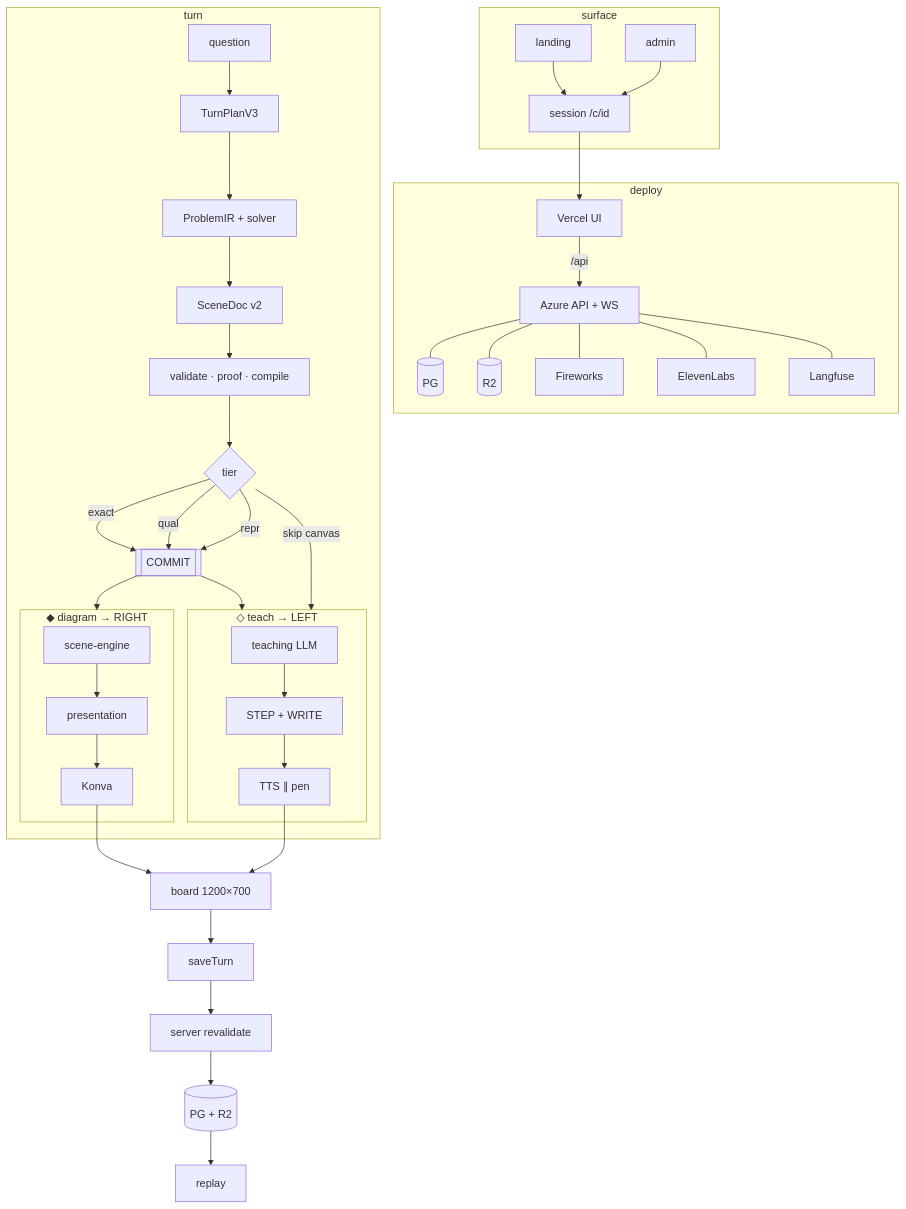
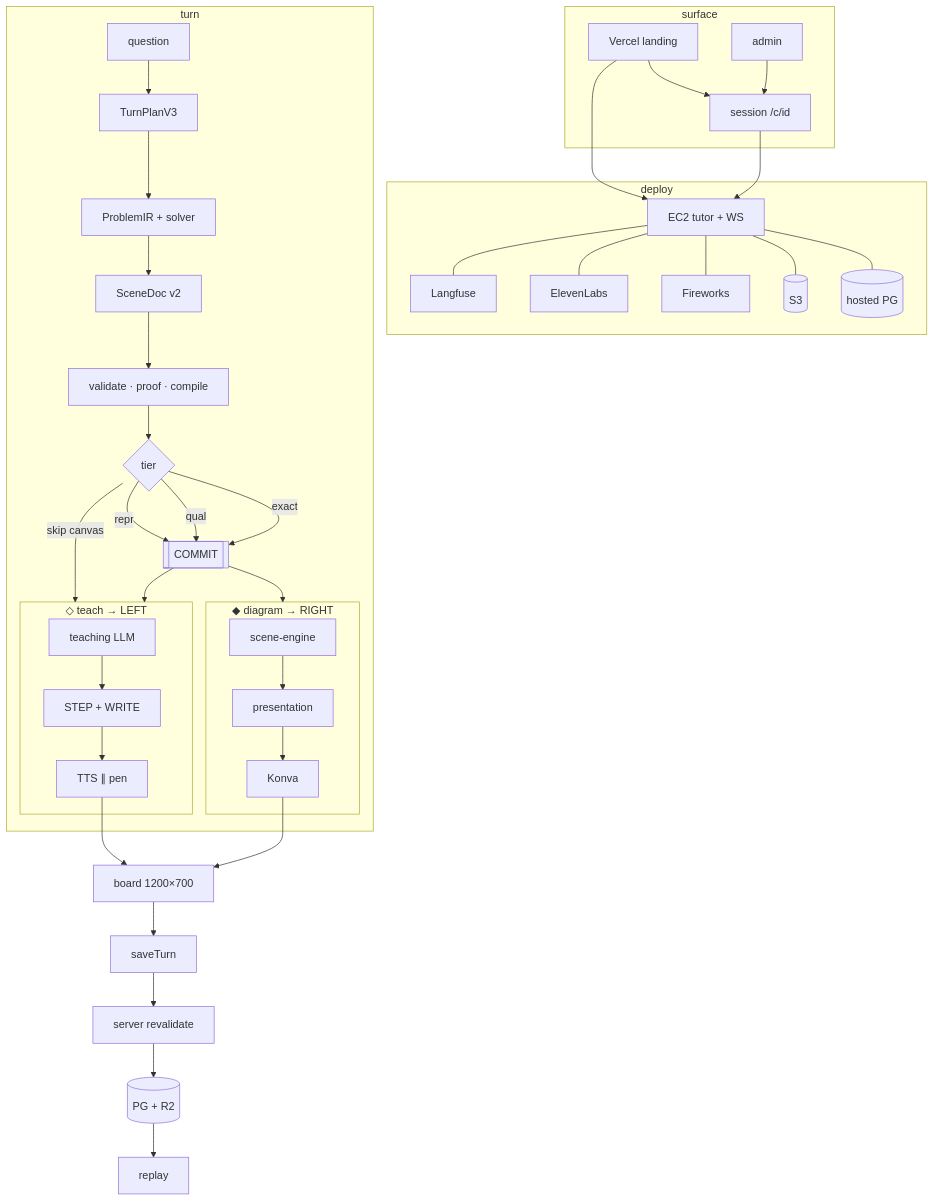
The diagram in start.md (kaizen403/heytutor), drawn with Mermaid before and after one commit. The commit also changed 381 other files, not shown here.

First line of the commit message:
Ship student Google login, mobile session, and current tutor work.

````diff
--- a/start.md
+++ b/start.md
@@ -7,53 +7,53 @@
 ```mermaid
 flowchart TB
   subgraph surface
     landing[landing]
     session["session /c/id"]
     admin[admin]
   end
   landing --> session
   admin --> session
 
   subgraph deploy
-    ui[Vercel UI]
-    api[Azure API + WS]
-    ui -->|"/api"| api
-    api --- pg[(PG)]
-    api --- r2[(R2)]
-    api --- fw[Fireworks]
-    api --- el[ElevenLabs]
-    api --- lf[Langfuse]
+    landing[Vercel landing]
+    ec2[EC2 tutor + WS]
+    landing --> ec2
+    ec2 --- pg[(hosted PG)]
+    ec2 --- s3[(S3)]
+    ec2 --- fw[Fireworks]
+    ec2 --- el[ElevenLabs]
+    ec2 --- lf[Langfuse]
   end
-  session --> ui
+  session --> ec2
 
   subgraph turn
     Q[question] --> Plan[TurnPlanV3]
     Plan --> IR["ProblemIR + solver"]
     IR --> Scene[SceneDoc v2]
     Scene --> Prove[validate · proof · compile]
     Prove --> Tier{tier}
     Tier -->|exact| Commit[[COMMIT]]
     Tier -->|qual| Commit
     Tier -->|repr| Commit
     Tier -->|skip canvas| Teach
     Commit --> Diagram
     Commit --> Teach
   end
 
   subgraph Teach["◇ teach → LEFT"]
     LLM[teaching LLM] --> Step["STEP + WRITE"]
     Step --> Pen["TTS ∥ pen"]
   end
 
   subgraph Diagram["◆ diagram → RIGHT"]
     SE[scene-engine] --> Pres[presentation]
     Pres --> KR[Konva]
   end
 
   KR --> Board["board 1200×700"]
   Pen --> Board
   Board --> Save[saveTurn]
   Save --> Trust[server revalidate]
   Trust --> Store[(PG + R2)]
   Store --> Replay[replay]
 ```
````
